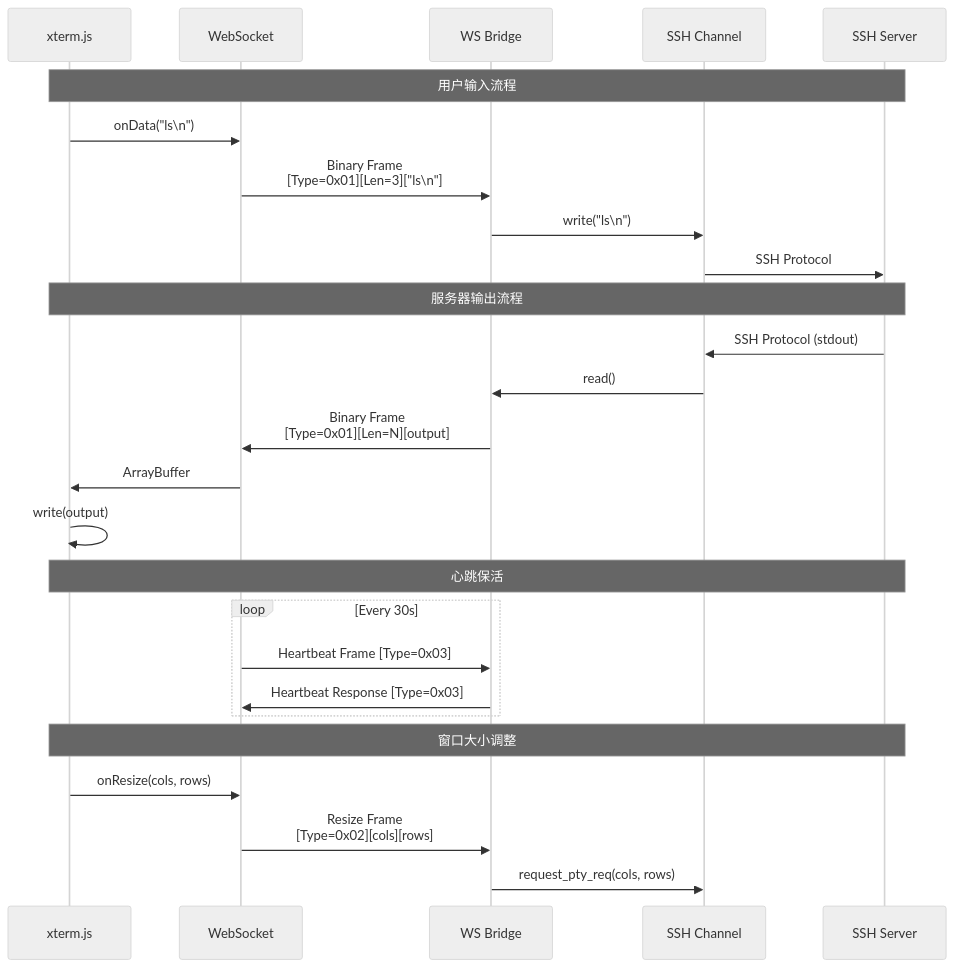
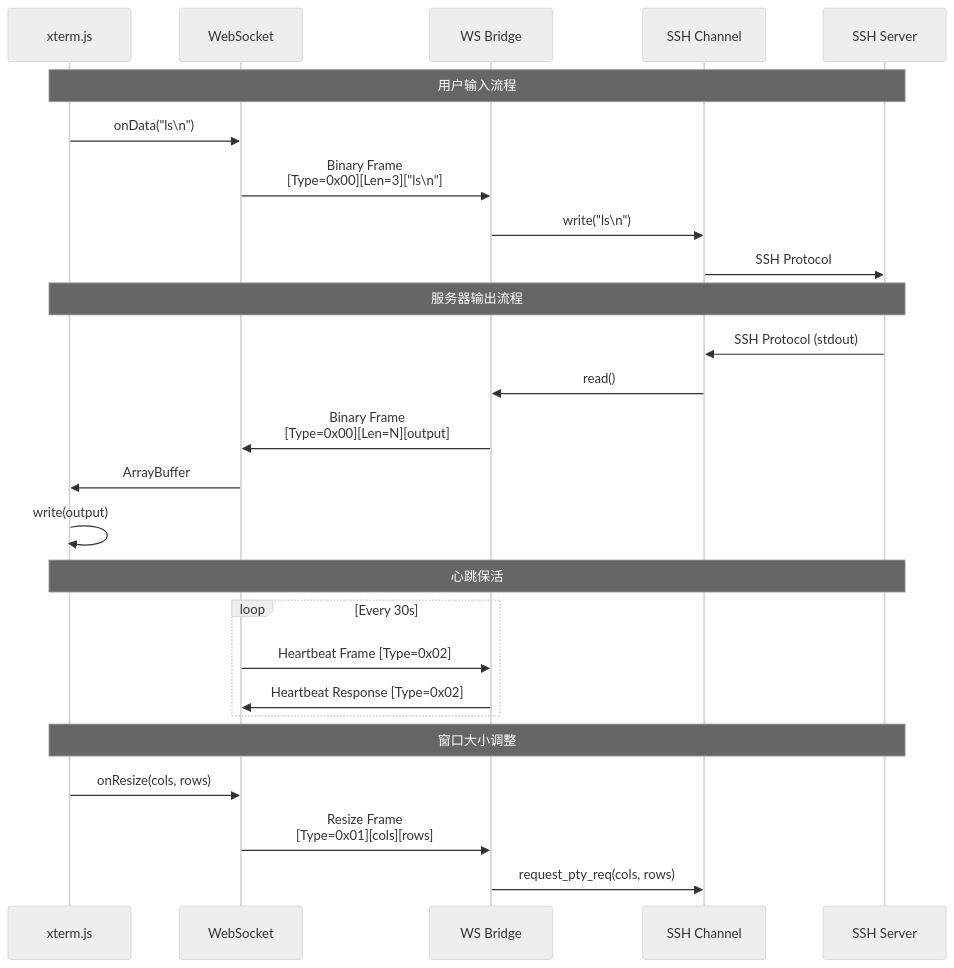
Before and after one commit to AnalyseDeCircuit/OxideTerm: diagram 12 of 16 in docs/ARCHITECTURE.md, drawn with Mermaid (neutral theme). The commit also changed other lines of this file and 4 other files, not shown here.

````diff
--- a/docs/ARCHITECTURE.md
+++ b/docs/ARCHITECTURE.md
@@ -1584,32 +1588,32 @@
 ```mermaid
 sequenceDiagram
     participant XTerm as xterm.js
     participant WS as WebSocket
     participant Bridge as WS Bridge
     participant Channel as SSH Channel
     participant Server as SSH Server
     
     Note over XTerm,Server: 用户输入流程
     XTerm->>WS: onData("ls\n")
-    WS->>Bridge: Binary Frame<br/>[Type=0x01][Len=3]["ls\n"]
+    WS->>Bridge: Binary Frame<br/>[Type=0x00][Len=3]["ls\n"]
     Bridge->>Channel: write("ls\n")
     Channel->>Server: SSH Protocol
     
     Note over XTerm,Server: 服务器输出流程
     Server->>Channel: SSH Protocol (stdout)
     Channel->>Bridge: read()
-    Bridge->>WS: Binary Frame<br/>[Type=0x01][Len=N][output]
+    Bridge->>WS: Binary Frame<br/>[Type=0x00][Len=N][output]
     WS->>XTerm: ArrayBuffer
     XTerm->>XTerm: write(output)
     
     Note over XTerm,Server: 心跳保活
     loop Every 30s
-        WS->>Bridge: Heartbeat Frame [Type=0x03]
-        Bridge->>WS: Heartbeat Response [Type=0x03]
+        WS->>Bridge: Heartbeat Frame [Type=0x02]
+        Bridge->>WS: Heartbeat Response [Type=0x02]
     end
     
     Note over XTerm,Server: 窗口大小调整
     XTerm->>WS: onResize(cols, rows)
-    WS->>Bridge: Resize Frame<br/>[Type=0x02][cols][rows]
+    WS->>Bridge: Resize Frame<br/>[Type=0x01][cols][rows]
     Bridge->>Channel: request_pty_req(cols, rows)
 ```
````
